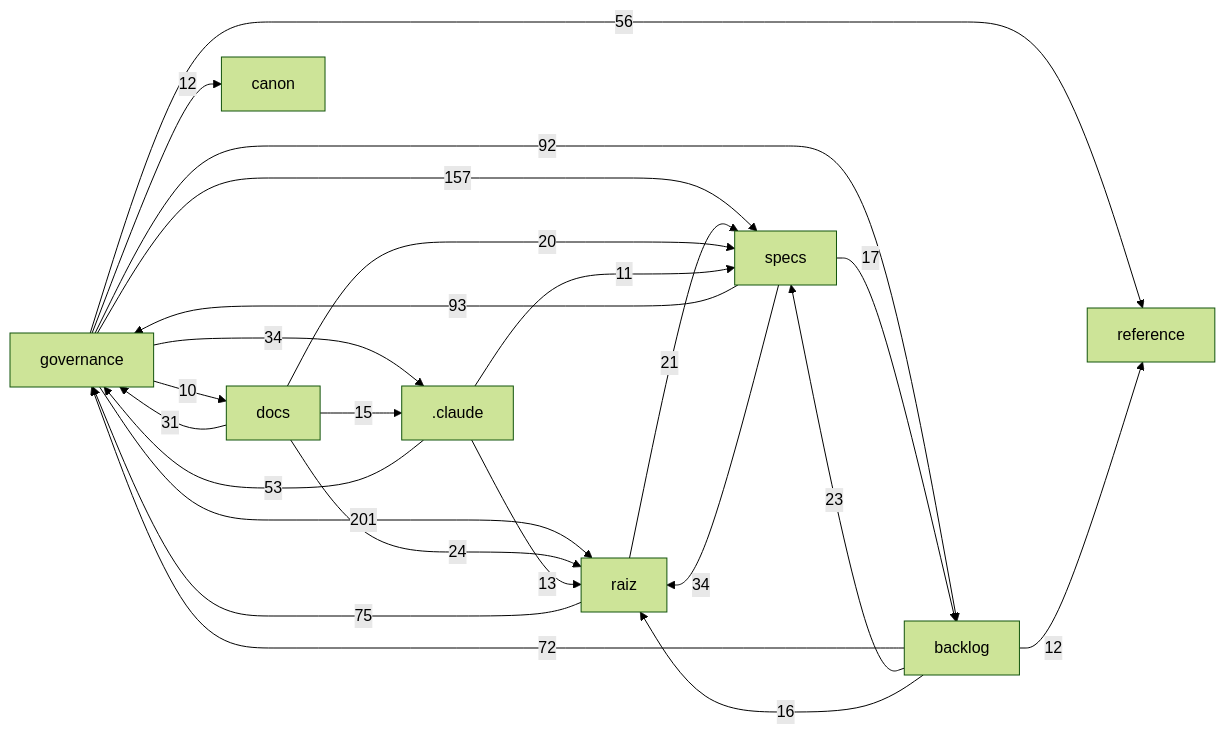
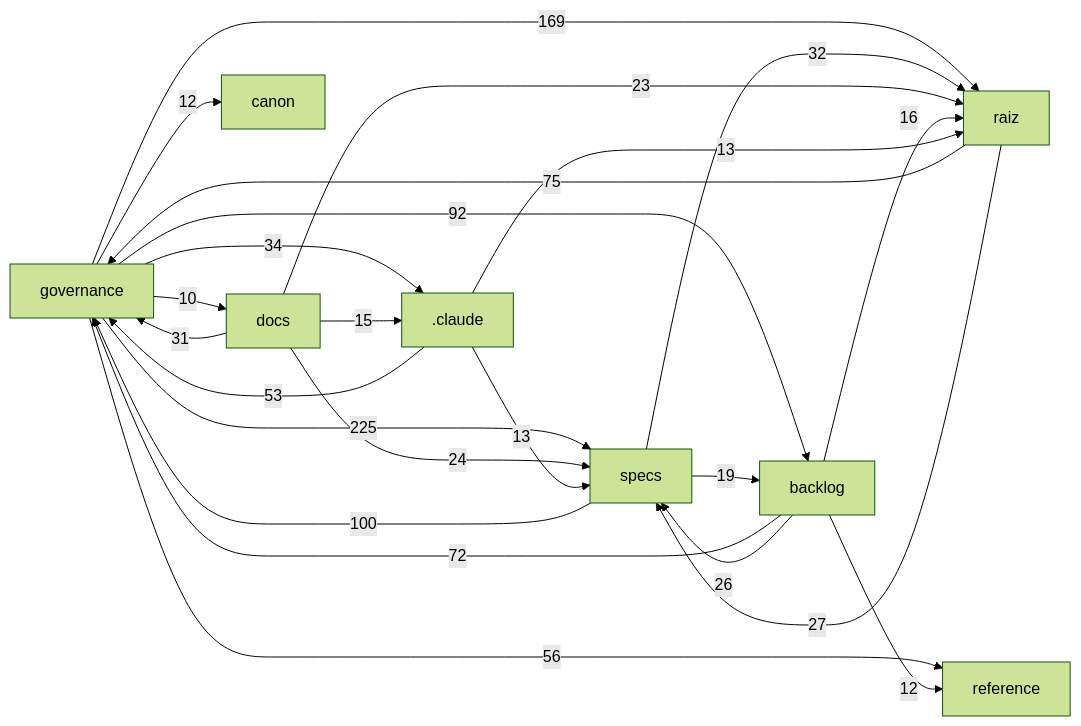
One commit to Andraus35/Sistema-Operacional-de-Trading--SOT changed the diagram in docs/mapa/MAPA-PROJETO.md. Above: the diagram before and after it, drawn with Mermaid (forest theme). The commit also changed other lines of this file and 3 other files, not shown here.

````diff
--- a/docs/mapa/MAPA-PROJETO.md
+++ b/docs/mapa/MAPA-PROJETO.md
@@ -29,26 +29,26 @@
 ```mermaid
 flowchart LR
-  governance["governance"] -->|201| raiz["raiz"]
-  governance["governance"] -->|157| specs["specs"]
-  specs["specs"] -->|93| governance["governance"]
+  governance["governance"] -->|225| specs["specs"]
+  governance["governance"] -->|169| raiz["raiz"]
+  specs["specs"] -->|100| governance["governance"]
   governance["governance"] -->|92| backlog["backlog"]
   raiz["raiz"] -->|75| governance["governance"]
   backlog["backlog"] -->|72| governance["governance"]
   governance["governance"] -->|56| reference["reference"]
   _claude[".claude"] -->|53| governance["governance"]
   governance["governance"] -->|34| _claude[".claude"]
-  specs["specs"] -->|34| raiz["raiz"]
+  specs["specs"] -->|32| raiz["raiz"]
   docs["docs"] -->|31| governance["governance"]
-  docs["docs"] -->|24| raiz["raiz"]
-  backlog["backlog"] -->|23| specs["specs"]
-  raiz["raiz"] -->|21| specs["specs"]
-  docs["docs"] -->|20| specs["specs"]
-  specs["specs"] -->|17| backlog["backlog"]
+  raiz["raiz"] -->|27| specs["specs"]
+  backlog["backlog"] -->|26| specs["specs"]
+  docs["docs"] -->|24| specs["specs"]
+  docs["docs"] -->|23| raiz["raiz"]
+  specs["specs"] -->|19| backlog["backlog"]
   backlog["backlog"] -->|16| raiz["raiz"]
   docs["docs"] -->|15| _claude[".claude"]
   _claude[".claude"] -->|13| raiz["raiz"]
+  _claude[".claude"] -->|13| specs["specs"]
   backlog["backlog"] -->|12| reference["reference"]
   governance["governance"] -->|12| canon["canon"]
-  _claude[".claude"] -->|11| specs["specs"]
   governance["governance"] -->|10| docs["docs"]
 ```
````
